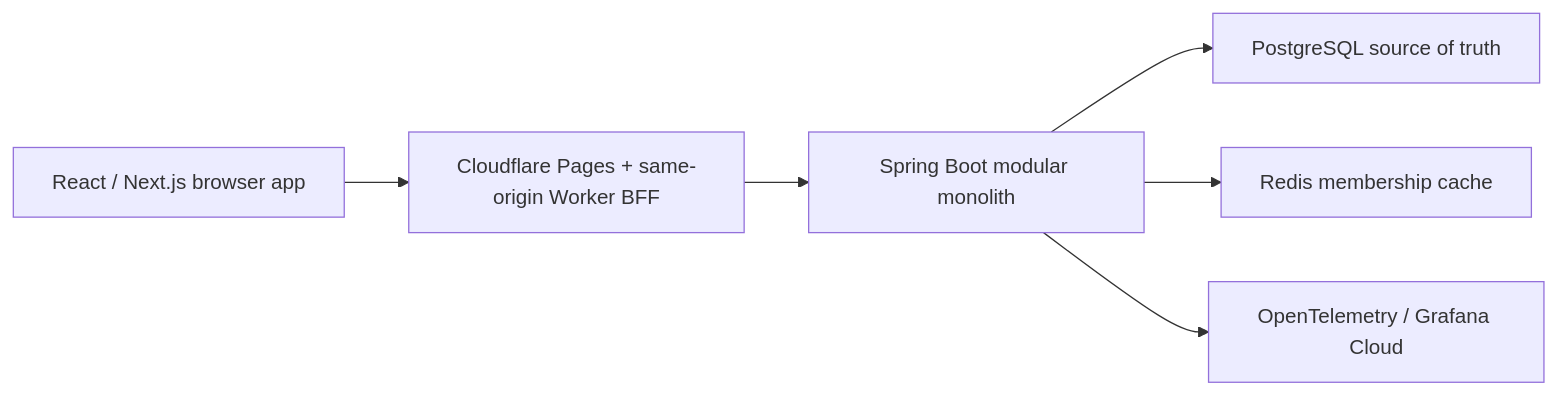
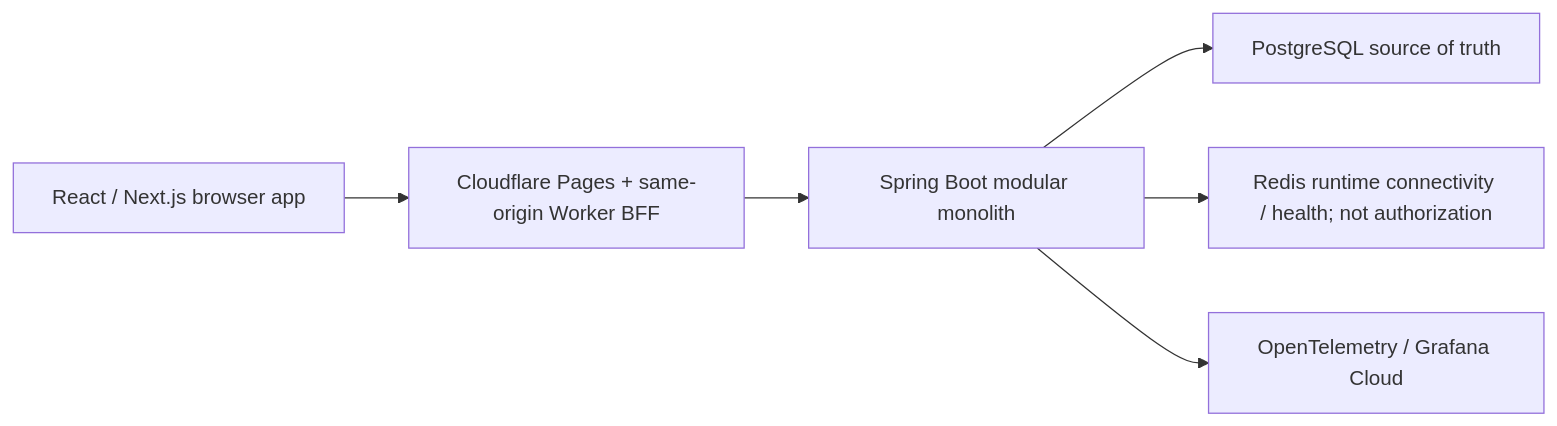
Before and after one commit to vietdungnguyen2005/Project1: the diagram in docs/architecture.md, drawn with Mermaid. The commit also changed other lines of this file and 45 other files, not shown here.

````diff
--- a/docs/architecture.md
+++ b/docs/architecture.md
@@ -5,8 +5,8 @@
 ```mermaid
 flowchart LR
     Browser["React / Next.js browser app"] --> Pages["Cloudflare Pages + same-origin Worker BFF"]
     Pages --> API["Spring Boot modular monolith"]
     API --> Postgres["PostgreSQL source of truth"]
-    API --> Redis["Redis membership cache"]
+    API --> Redis["Redis runtime connectivity / health; not authorization"]
     API --> OTLP["OpenTelemetry / Grafana Cloud"]
 ```
````
